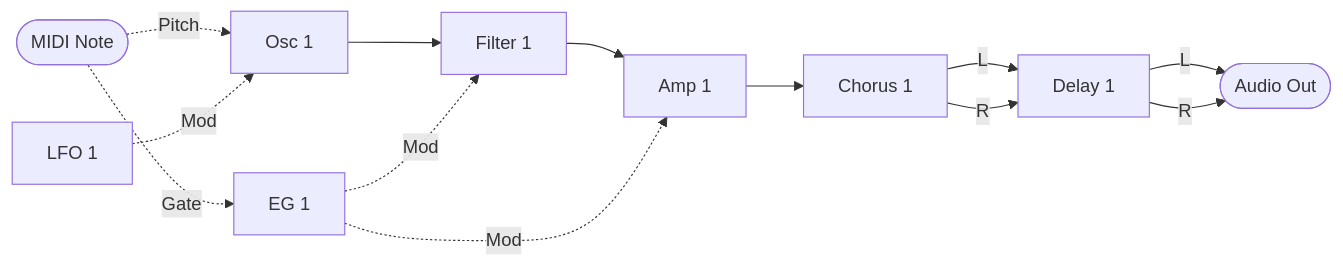
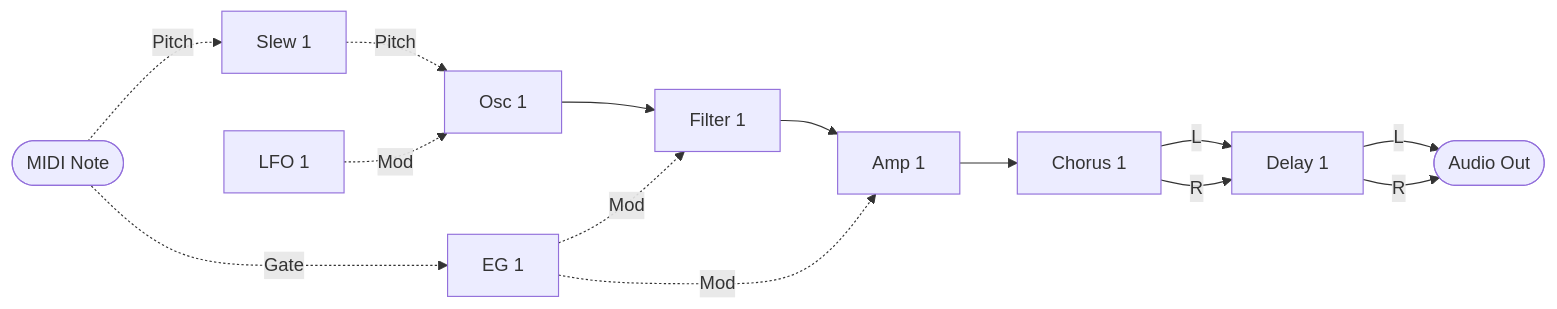
One commit to risgk/midi_synthesizer_spms1 changed the first of 6 diagrams in spms1_type2/README.ja.md. Above: the diagram before and after it, drawn with Mermaid. The commit also changed other lines of this file and 8 other files, not shown here.

First line of the commit message:
type-2: Add Slew 1, an exponential lag run first in the order, put on the note pitch as portamento

````diff
--- a/spms1_type2/README.ja.md
+++ b/spms1_type2/README.ja.md
@@ -129,26 +130,28 @@
 ```mermaid
 flowchart LR
   NOTE([MIDI Note])
+  SLEW[Slew 1]
   LFO[LFO 1]
   EG[EG 1]
   OSC[Osc 1]
   FILTER[Filter 1]
   AMP[Amp 1]
   CHORUS[Chorus 1]
   DELAY[Delay 1]
   OUT([Audio Out])
 
   OSC --> FILTER
   FILTER --> AMP
   AMP --> CHORUS
   CHORUS -->|L| DELAY
   CHORUS -->|R| DELAY
   DELAY -->|L| OUT
   DELAY -->|R| OUT
 
   NOTE -. Gate .-> EG
-  NOTE -. Pitch .-> OSC
+  NOTE -. Pitch .-> SLEW
+  SLEW -. Pitch .-> OSC
   LFO -. Mod .-> OSC
   EG -. Mod .-> FILTER
   EG -. Mod .-> AMP
 ```
````
